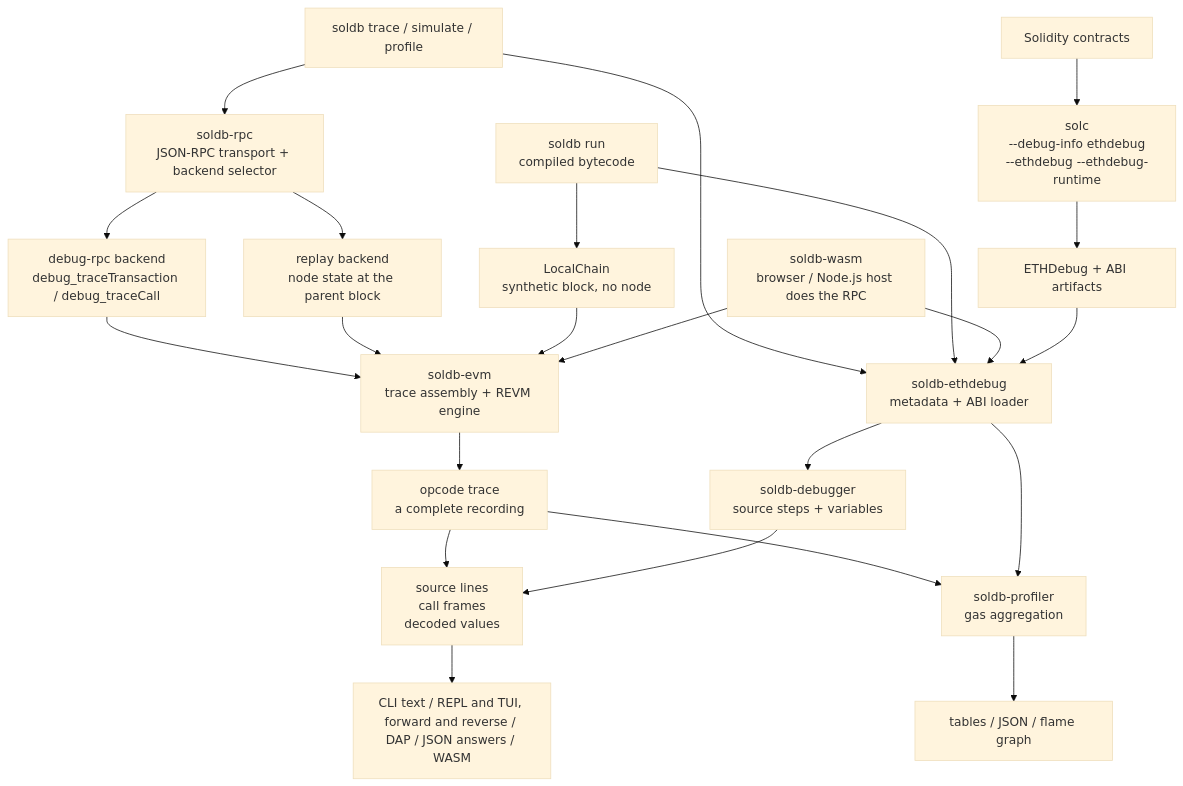
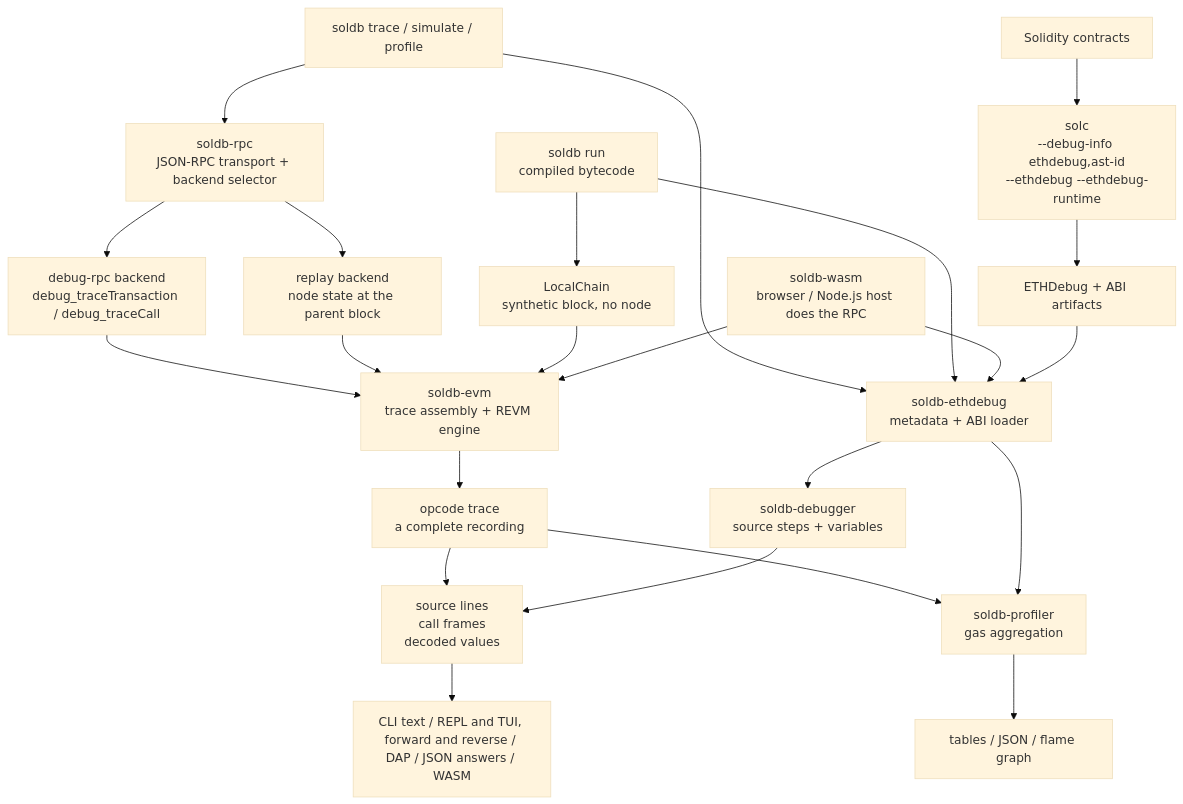
The diagram in README.md (walnuthq/soldb), drawn with Mermaid (base theme) before and after one commit. The commit also changed other lines of this file and 6 other files, not shown here.

First line of the commit message:
Ask solc for ast-id debug info next to ethdebug

````diff
--- a/README.md
+++ b/README.md
@@ -276,28 +276,28 @@
 ```mermaid
 flowchart TD
-    contracts["Solidity contracts"] --> solc["solc<br/>--debug-info ethdebug<br/>--ethdebug --ethdebug-runtime"]
+    contracts["Solidity contracts"] --> solc["solc<br/>--debug-info ethdebug,ast-id<br/>--ethdebug --ethdebug-runtime"]
     solc --> artifacts["ETHDebug + ABI artifacts"]
 
     cli["soldb trace / simulate / profile"] --> metadata["soldb-ethdebug<br/>metadata + ABI loader"]
     run["soldb run<br/>compiled bytecode"] --> metadata
     wasm["soldb-wasm<br/>browser / Node.js host does the RPC"] --> metadata
     artifacts --> metadata
 
     cli --> selector["soldb-rpc<br/>JSON-RPC transport + backend selector"]
     selector --> debug_rpc["debug-rpc backend<br/>debug_traceTransaction / debug_traceCall"]
     selector --> replay["replay backend<br/>node state at the parent block"]
     run --> local["LocalChain<br/>synthetic block, no node"]
 
     debug_rpc --> engine["soldb-evm<br/>trace assembly + REVM engine"]
     replay --> engine
     local --> engine
     wasm --> engine
     engine --> opcode_trace["opcode trace<br/>a complete recording"]
     metadata --> debugger["soldb-debugger<br/>source steps + variables"]
     opcode_trace --> enriched
     debugger --> enriched["source lines<br/>call frames<br/>decoded values"]
     enriched --> outputs["CLI text / REPL and TUI, forward and reverse / DAP / JSON answers / WASM"]
     opcode_trace --> profiler["soldb-profiler<br/>gas aggregation"]
     metadata --> profiler
     profiler --> profile_outputs["tables / JSON / flame graph"]
 ```
````
